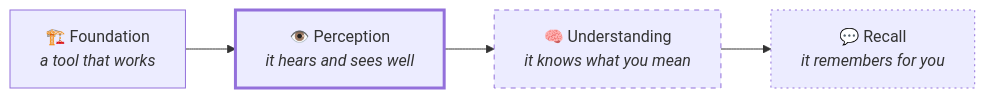
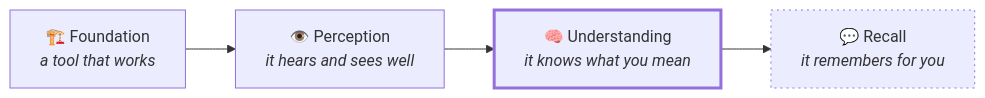
The third of 3 diagrams in docs/roadmap.md (MSKazemi/yazses), drawn with Mermaid before and after one commit. The commit also changed other lines of this file and 21 other files, not shown here.

````diff
--- a/docs/roadmap.md
+++ b/docs/roadmap.md
@@ -86,10 +88,10 @@
 ```mermaid
 flowchart LR
     F["🏗️ Foundation<br><em>a tool that works</em>"] --> P["👁️ Perception<br><em>it hears and sees well</em>"]
     P --> U["🧠 Understanding<br><em>it knows what you mean</em>"]
     U --> R["💬 Recall<br><em>it remembers for you</em>"]
     style F stroke-width:1px
-    style P stroke-width:3px
-    style U stroke-dasharray: 5 5
+    style P stroke-width:1px
+    style U stroke-width:3px
     style R stroke-dasharray: 2 4
 ```
````
